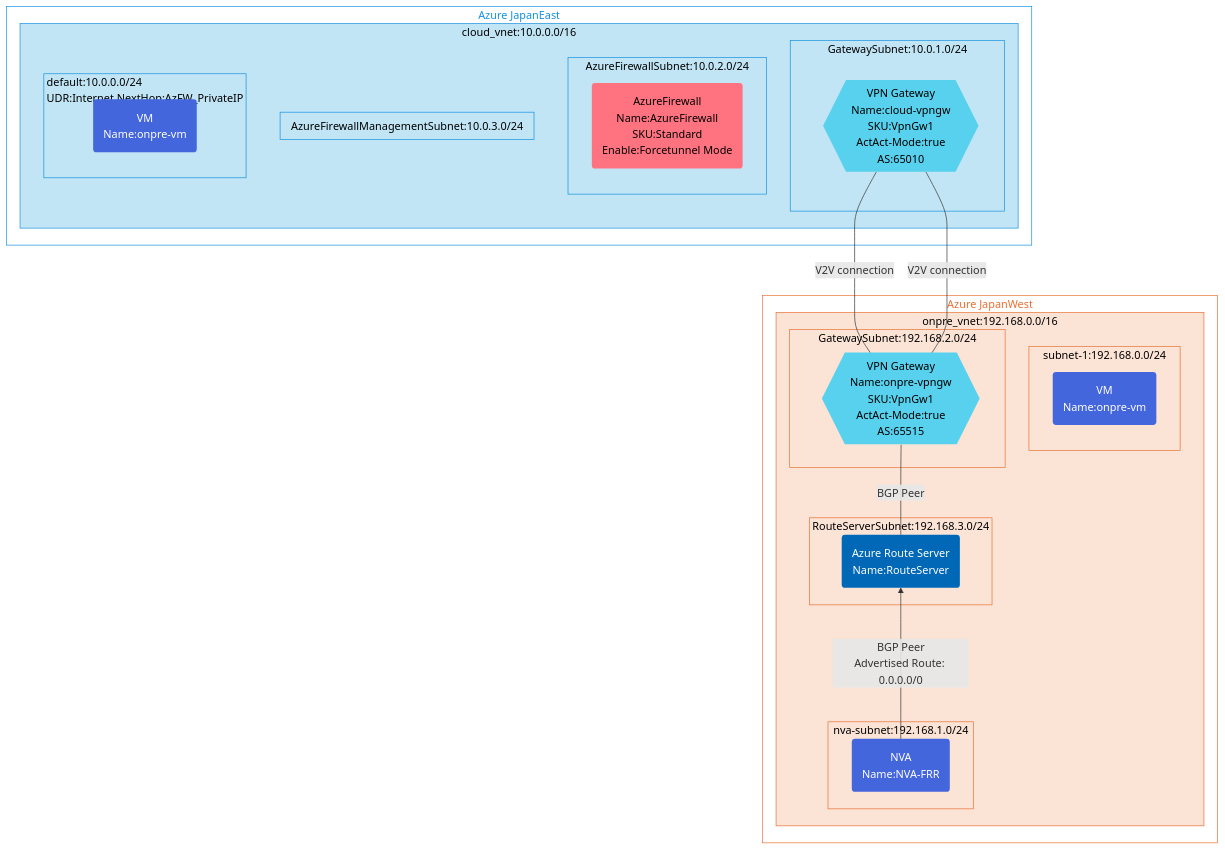
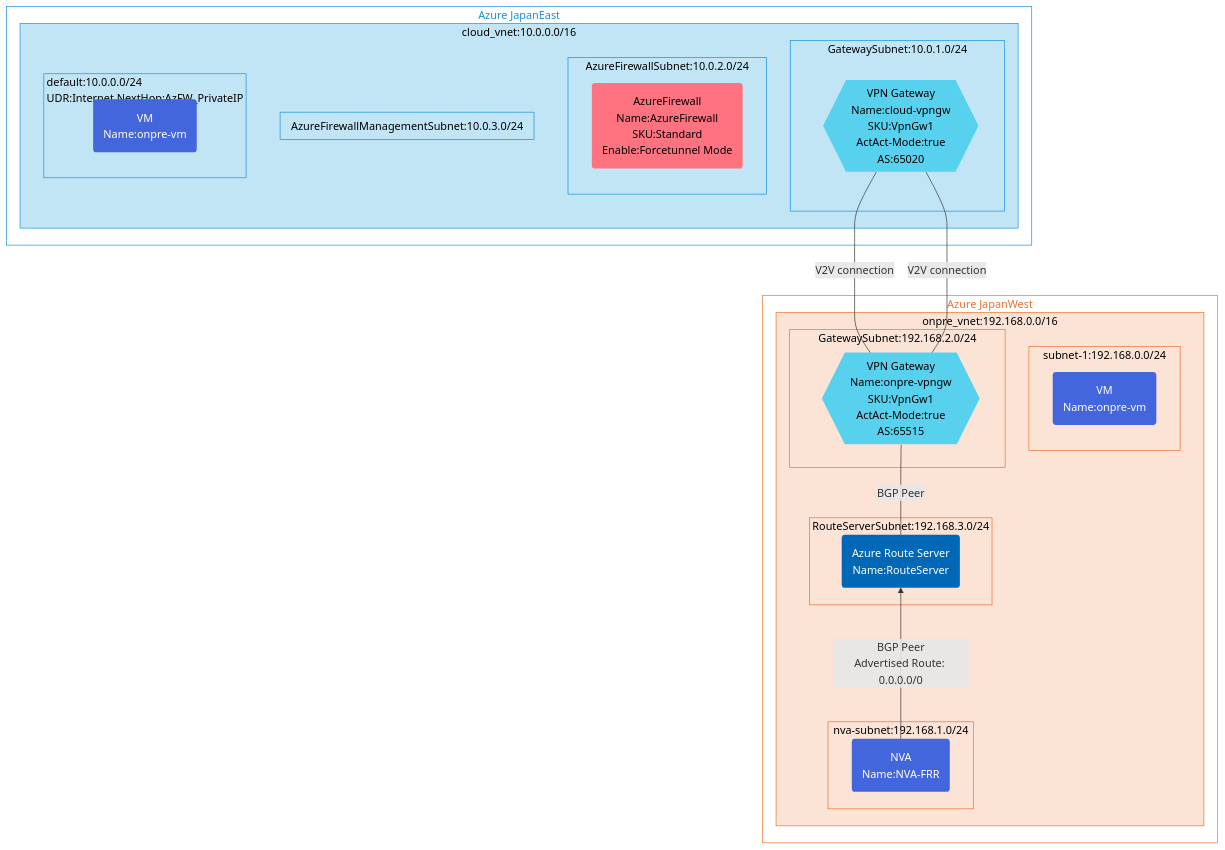
Before and after one commit to toizumi03/bicep-templates: the diagram in force-tunneling-configuration-using-AzFW-forcetunnel-mode/README.md, drawn with Mermaid.

````diff
--- a/force-tunneling-configuration-using-AzFW-forcetunnel-mode/README.md
+++ b/force-tunneling-configuration-using-AzFW-forcetunnel-mode/README.md
@@ -3,72 +3,72 @@
 ```mermaid
 graph BT;
 %% Groups and Services
 subgraph GR2[Azure JapanEast]
   subgraph GV2[cloud_vnet:10.0.0.0/16]
      subgraph GVS6[GatewaySubnet:10.0.1.0/24]
-      VPNGW2{{"VPN Gateway<br/>Name:cloud-vpngw<br/>SKU:VpnGw1<br/>ActAct-Mode:true<br/>AS:65010"}}
+      VPNGW2{{"VPN Gateway<br/>Name:cloud-vpngw<br/>SKU:VpnGw1<br/>ActAct-Mode:true<br/>AS:65020"}}
     end
      subgraph GVS8[AzureFirewallSubnet:10.0.2.0/24]
         AzFW("AzureFirewall<br/>Name:AzureFirewall<br/>SKU:Standard<br/>Enable:Forcetunnel Mode")
     end
       subgraph GVS9[AzureFirewallManagementSubnet:10.0.3.0/24]
         AzFW("AzureFirewall<br/>Name:AzureFirewall<br/>SKU:Standard<br/>Enable:Forcetunnel Mode")
     end
       subgraph GVS7[default:10.0.0.0/24<br/>UDR:Internet NextHop:AzFW_PrivateIP]
         CP3("VM<br/>Name:onpre-vm")
     end
 end
 end
 subgraph GR1[Azure JapanWest]
   subgraph GV1[onpre_vnet:192.168.0.0/16]
       subgraph GVS1[subnet-1:192.168.0.0/24]
         CP1("VM<br/>Name:onpre-vm")
       end
       subgraph GVS2[nva-subnet:192.168.1.0/24]
         CP2("NVA<br/>Name:NVA-FRR")
       end
       subgraph GVS4[RouteServerSubnet:192.168.3.0/24]
         RS("Azure Route Server<br/>Name:RouteServer")
       end
       subgraph GVS3[GatewaySubnet:192.168.2.0/24]
         VPNGW1{{"VPN Gateway<br/>Name:onpre-vpngw<br/>SKU:VpnGw1<br/>ActAct-Mode:true<br/>AS:65515"}}
       end
 end
 end
 
 %% Relation for resources
 VPNGW1 --V2V connection--- VPNGW2
 VPNGW1 --V2V connection--- VPNGW2
 CP2 --BGP Peer<br/>Advertised Route: 0.0.0.0/0---> RS
 RS --BGP Peer--- VPNGW1
 
 %% Groups style
 classDef GSR1 fill:#fff,color:#e97132,stroke:#e97132
 class GR1 GSR1
 
 classDef GSR2 fill:#fff,color:#1490df,stroke:#1490df
 class GR2 GSR2
 
 classDef SGV1 fill:#fbe3d6,color:#000,stroke:#e97132
 class GV1,GVS1,GVS2,GVS3,GVS4,GVS5 SGV1
 
 classDef SGV2 fill:#c1e5f5,color:#000,stroke:#1490df
 class GV2,GVS6,GVS7,GVS8,GVS9 SGV2
  
 %% Service Style
 classDef SCP fill:#4466dd,color:#fff,stroke:none
 class CP1,CP2,CP3 SCP
 
 classDef SVPNGW fill:#57d1ed,color:#000,stroke:none
 class VPNGW1,VPNGW2 SVPNGW
 
 classDef SRS fill:#0068b7,color:#fff,stroke:none
 class RS SRS
 
 classDef SFW fill:#ff7381,color:#000,stroke:none
 class AzFW SFW
 
 classDef SLNGW fill:#70b126,color:#fff,stroke:none
 class LNGW1,LNGW2 SLNGW
 
 ```
````
